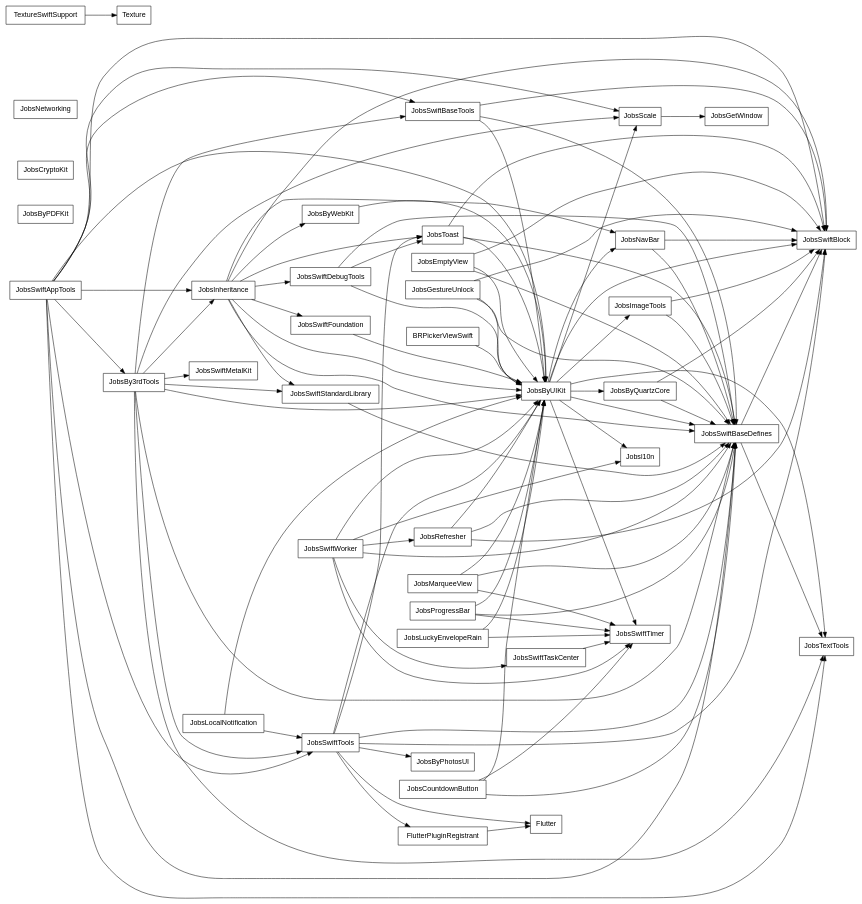
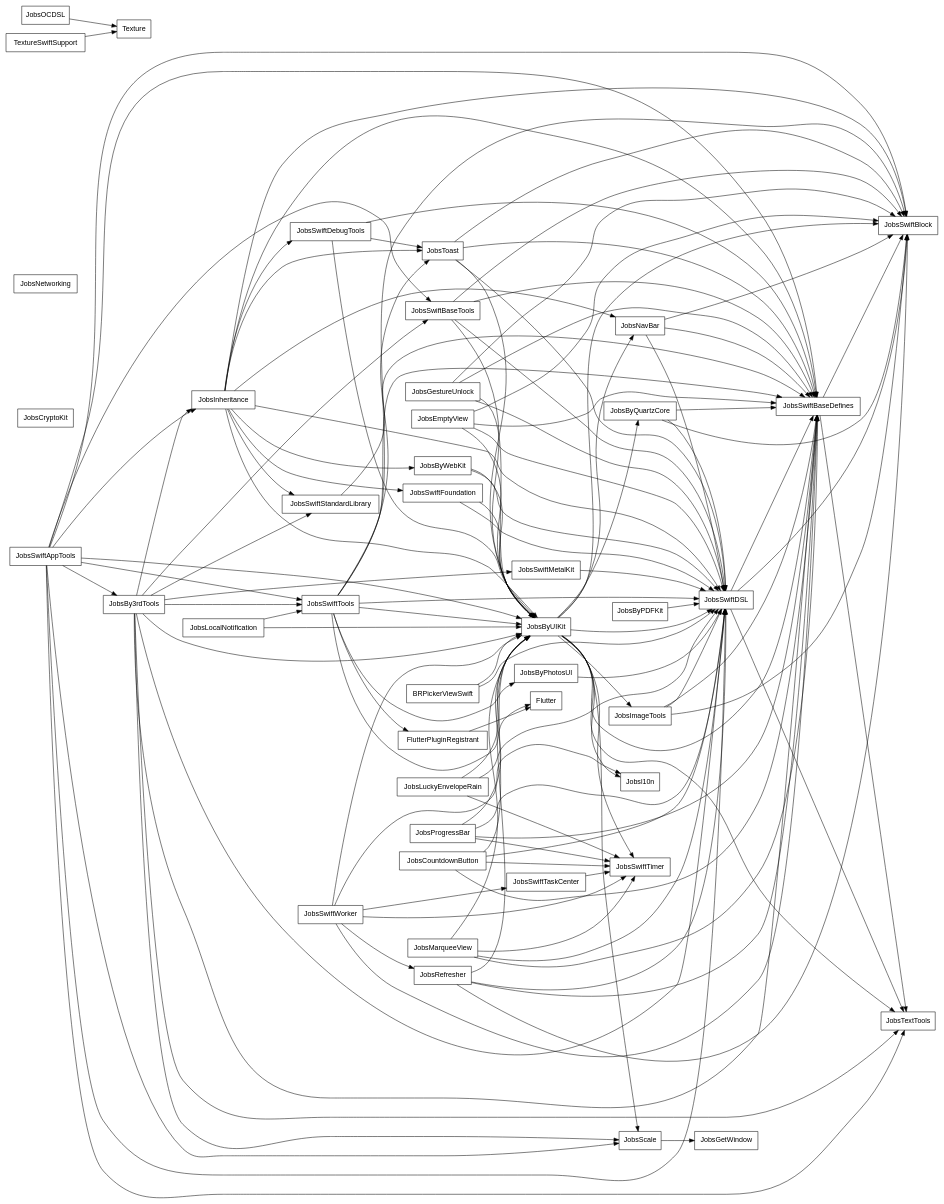
The diagram in PodspecDependencyReport/PodspecDependencies_internal.dot (JobsKits/JobsSwiftBaseConfigDemo), drawn with Graphviz before and after one commit. The commit also changed 569 other files, not shown here.

```diff
--- a/PodspecDependencyReport/PodspecDependencies_internal.dot
+++ b/PodspecDependencyReport/PodspecDependencies_internal.dot
@@ -1,141 +1,170 @@
 digraph PodspecDependencies {
   rankdir=LR;
   node [shape=box, fontname="Helvetica"];
   "BRPickerViewSwift";
   "Flutter";
   "FlutterPluginRegistrant";
   "JobsBy3rdTools";
   "JobsByPDFKit";
   "JobsByPhotosUI";
   "JobsByQuartzCore";
   "JobsByUIKit";
   "JobsByWebKit";
   "JobsCountdownButton";
   "JobsCryptoKit";
   "JobsEmptyView";
   "JobsGestureUnlock";
   "JobsGetWindow";
   "JobsImageTools";
   "JobsInheritance";
   "JobsLocalNotification";
   "JobsLuckyEnvelopeRain";
   "JobsMarqueeView";
   "JobsNavBar";
   "JobsNetworking";
+  "JobsOCDSL";
   "JobsProgressBar";
   "JobsRefresher";
   "JobsScale";
   "JobsSwiftAppTools";
   "JobsSwiftBaseDefines";
   "JobsSwiftBaseTools";
   "JobsSwiftBlock";
+  "JobsSwiftDSL";
   "JobsSwiftDebugTools";
   "JobsSwiftFoundation";
   "JobsSwiftMetalKit";
   "JobsSwiftStandardLibrary";
   "JobsSwiftTaskCenter";
   "JobsSwiftTimer";
   "JobsSwiftTools";
   "JobsSwiftWorker";
   "JobsTextTools";
   "JobsToast";
   "Jobsl10n";
   "Texture";
   "TextureSwiftSupport";
   "BRPickerViewSwift" -> "JobsByUIKit";
+  "BRPickerViewSwift" -> "JobsSwiftDSL";
   "FlutterPluginRegistrant" -> "Flutter";
   "JobsBy3rdTools" -> "JobsByUIKit";
   "JobsBy3rdTools" -> "JobsInheritance";
   "JobsBy3rdTools" -> "JobsScale";
   "JobsBy3rdTools" -> "JobsSwiftBaseDefines";
   "JobsBy3rdTools" -> "JobsSwiftBaseTools";
+  "JobsBy3rdTools" -> "JobsSwiftDSL";
   "JobsBy3rdTools" -> "JobsSwiftMetalKit";
   "JobsBy3rdTools" -> "JobsSwiftStandardLibrary";
   "JobsBy3rdTools" -> "JobsSwiftTools";
   "JobsBy3rdTools" -> "JobsTextTools";
+  "JobsByPDFKit" -> "JobsSwiftDSL";
+  "JobsByPhotosUI" -> "JobsSwiftDSL";
   "JobsByQuartzCore" -> "JobsSwiftBaseDefines";
   "JobsByQuartzCore" -> "JobsSwiftBlock";
+  "JobsByQuartzCore" -> "JobsSwiftDSL";
   "JobsByUIKit" -> "JobsByQuartzCore";
   "JobsByUIKit" -> "JobsImageTools";
   "JobsByUIKit" -> "JobsNavBar";
   "JobsByUIKit" -> "JobsScale";
   "JobsByUIKit" -> "JobsSwiftBaseDefines";
   "JobsByUIKit" -> "JobsSwiftBlock";
+  "JobsByUIKit" -> "JobsSwiftDSL";
   "JobsByUIKit" -> "JobsSwiftTimer";
   "JobsByUIKit" -> "JobsTextTools";
   "JobsByUIKit" -> "Jobsl10n";
   "JobsByWebKit" -> "JobsByUIKit";
+  "JobsByWebKit" -> "JobsSwiftDSL";
   "JobsCountdownButton" -> "JobsByUIKit";
   "JobsCountdownButton" -> "JobsSwiftBaseDefines";
+  "JobsCountdownButton" -> "JobsSwiftDSL";
   "JobsCountdownButton" -> "JobsSwiftTimer";
   "JobsEmptyView" -> "JobsByUIKit";
   "JobsEmptyView" -> "JobsSwiftBaseDefines";
   "JobsEmptyView" -> "JobsSwiftBlock";
+  "JobsEmptyView" -> "JobsSwiftDSL";
   "JobsGestureUnlock" -> "JobsByUIKit";
   "JobsGestureUnlock" -> "JobsSwiftBaseDefines";
   "JobsGestureUnlock" -> "JobsSwiftBlock";
+  "JobsGestureUnlock" -> "JobsSwiftDSL";
   "JobsImageTools" -> "JobsSwiftBaseDefines";
   "JobsImageTools" -> "JobsSwiftBlock";
+  "JobsImageTools" -> "JobsSwiftDSL";
   "JobsInheritance" -> "JobsByUIKit";
   "JobsInheritance" -> "JobsByWebKit";
   "JobsInheritance" -> "JobsNavBar";
   "JobsInheritance" -> "JobsSwiftBaseDefines";
   "JobsInheritance" -> "JobsSwiftBlock";
+  "JobsInheritance" -> "JobsSwiftDSL";
   "JobsInheritance" -> "JobsSwiftDebugTools";
   "JobsInheritance" -> "JobsSwiftFoundation";
   "JobsInheritance" -> "JobsSwiftStandardLibrary";
   "JobsInheritance" -> "JobsToast";
   "JobsLocalNotification" -> "JobsByUIKit";
   "JobsLocalNotification" -> "JobsSwiftTools";
   "JobsLuckyEnvelopeRain" -> "JobsByUIKit";
+  "JobsLuckyEnvelopeRain" -> "JobsSwiftDSL";
   "JobsLuckyEnvelopeRain" -> "JobsSwiftTimer";
   "JobsMarqueeView" -> "JobsByUIKit";
   "JobsMarqueeView" -> "JobsSwiftBaseDefines";
+  "JobsMarqueeView" -> "JobsSwiftDSL";
   "JobsMarqueeView" -> "JobsSwiftTimer";
   "JobsNavBar" -> "JobsSwiftBaseDefines";
   "JobsNavBar" -> "JobsSwiftBlock";
+  "JobsNavBar" -> "JobsSwiftDSL";
+  "JobsOCDSL" -> "Texture";
   "JobsProgressBar" -> "JobsByUIKit";
   "JobsProgressBar" -> "JobsSwiftBaseDefines";
+  "JobsProgressBar" -> "JobsSwiftDSL";
   "JobsProgressBar" -> "JobsSwiftTimer";
   "JobsRefresher" -> "JobsByUIKit";
   "JobsRefresher" -> "JobsSwiftBaseDefines";
   "JobsRefresher" -> "JobsSwiftBlock";
+  "JobsRefresher" -> "JobsSwiftDSL";
   "JobsScale" -> "JobsGetWindow";
   "JobsSwiftAppTools" -> "JobsBy3rdTools";
   "JobsSwiftAppTools" -> "JobsByUIKit";
   "JobsSwiftAppTools" -> "JobsInheritance";
   "JobsSwiftAppTools" -> "JobsScale";
   "JobsSwiftAppTools" -> "JobsSwiftBaseDefines";
   "JobsSwiftAppTools" -> "JobsSwiftBaseTools";
   "JobsSwiftAppTools" -> "JobsSwiftBlock";
+  "JobsSwiftAppTools" -> "JobsSwiftDSL";
   "JobsSwiftAppTools" -> "JobsSwiftTools";
   "JobsSwiftAppTools" -> "JobsTextTools";
   "JobsSwiftBaseDefines" -> "JobsSwiftBlock";
   "JobsSwiftBaseDefines" -> "JobsTextTools";
   "JobsSwiftBaseTools" -> "JobsByUIKit";
   "JobsSwiftBaseTools" -> "JobsSwiftBaseDefines";
   "JobsSwiftBaseTools" -> "JobsSwiftBlock";
+  "JobsSwiftBaseTools" -> "JobsSwiftDSL";
+  "JobsSwiftDSL" -> "JobsSwiftBaseDefines";
+  "JobsSwiftDSL" -> "JobsSwiftBlock";
+  "JobsSwiftDSL" -> "JobsTextTools";
   "JobsSwiftDebugTools" -> "JobsByUIKit";
   "JobsSwiftDebugTools" -> "JobsSwiftBaseDefines";
   "JobsSwiftDebugTools" -> "JobsToast";
   "JobsSwiftFoundation" -> "JobsByUIKit";
+  "JobsSwiftFoundation" -> "JobsSwiftDSL";
+  "JobsSwiftMetalKit" -> "JobsSwiftDSL";
   "JobsSwiftStandardLibrary" -> "JobsSwiftBaseDefines";
   "JobsSwiftTaskCenter" -> "JobsSwiftTimer";
   "JobsSwiftTools" -> "Flutter";
   "JobsSwiftTools" -> "FlutterPluginRegistrant";
   "JobsSwiftTools" -> "JobsByPhotosUI";
   "JobsSwiftTools" -> "JobsByUIKit";
   "JobsSwiftTools" -> "JobsSwiftBaseDefines";
   "JobsSwiftTools" -> "JobsSwiftBlock";
+  "JobsSwiftTools" -> "JobsSwiftDSL";
   "JobsSwiftTools" -> "JobsToast";
   "JobsSwiftWorker" -> "JobsByUIKit";
   "JobsSwiftWorker" -> "JobsRefresher";
   "JobsSwiftWorker" -> "JobsSwiftBaseDefines";
   "JobsSwiftWorker" -> "JobsSwiftTaskCenter";
   "JobsSwiftWorker" -> "JobsSwiftTimer";
   "JobsSwiftWorker" -> "Jobsl10n";
   "JobsToast" -> "JobsByUIKit";
   "JobsToast" -> "JobsSwiftBaseDefines";
   "JobsToast" -> "JobsSwiftBlock";
+  "JobsToast" -> "JobsSwiftDSL";
   "TextureSwiftSupport" -> "Texture";
 }
```
